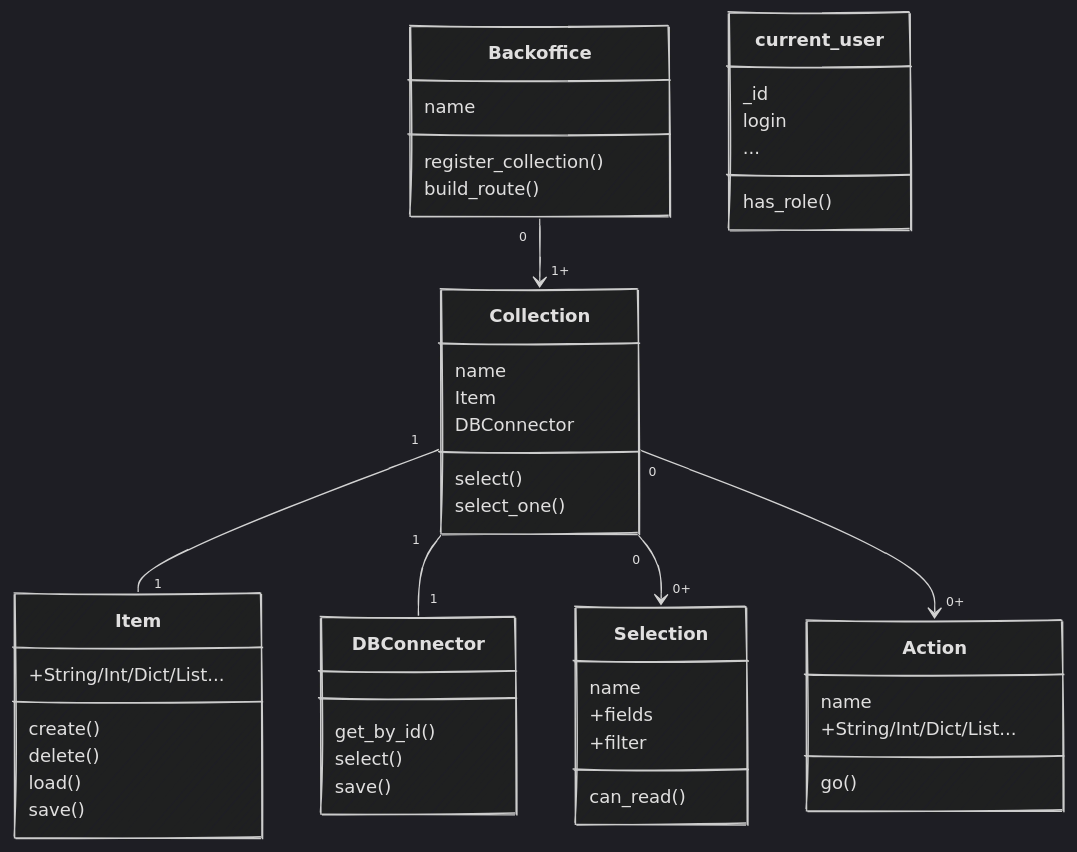
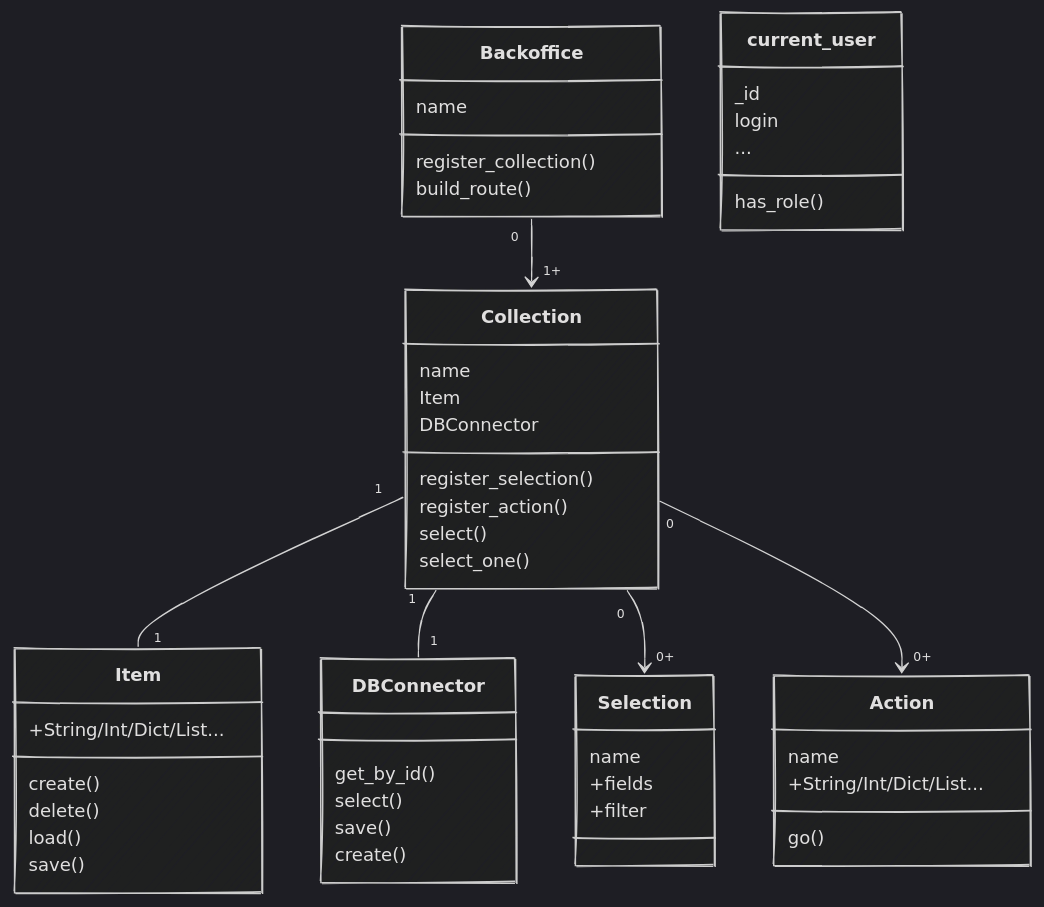
Before and after one commit to backo-stricto/diapo: the first of 5 diagrams in slides.md, drawn with Mermaid. The commit also changed other lines of this file and 1 other file, not shown here.

````diff
--- a/slides.md
+++ b/slides.md
@@ -170,55 +196,57 @@
 ```mermaid {scale: 0.5}
 ---
 config:
   look: handDrawn
   theme: dark
 ---
 classDiagram
     direction TD
     Backoffice "0" --> "1+" Collection
     Collection "1" -- "1" Item
     Collection "1" -- "1" DBConnector
     Collection "0" --> "0+" Selection
     Collection "0" --> "0+" Action
     class DBConnector{
         get_by_id()
         select()
         save()
+        create()
     }
     class Item{
         +String/Int/Dict/List...
         create()
         delete()
         load()
         save()
     }
     class Collection{
         name
         Item
         DBConnector
+        register_selection()
+        register_action()
         select()
         select_one()
     }
     class Action{
         name
         +String/Int/Dict/List...
         go()
     }
     class Backoffice{
         name
         register_collection()
         build_route()
     }
     class Selection{
         name
         +fields
         +filter
-        can_read()
     }
     class current_user{
         _id
         login
         ...
         has_role()
     }
 ```
````
